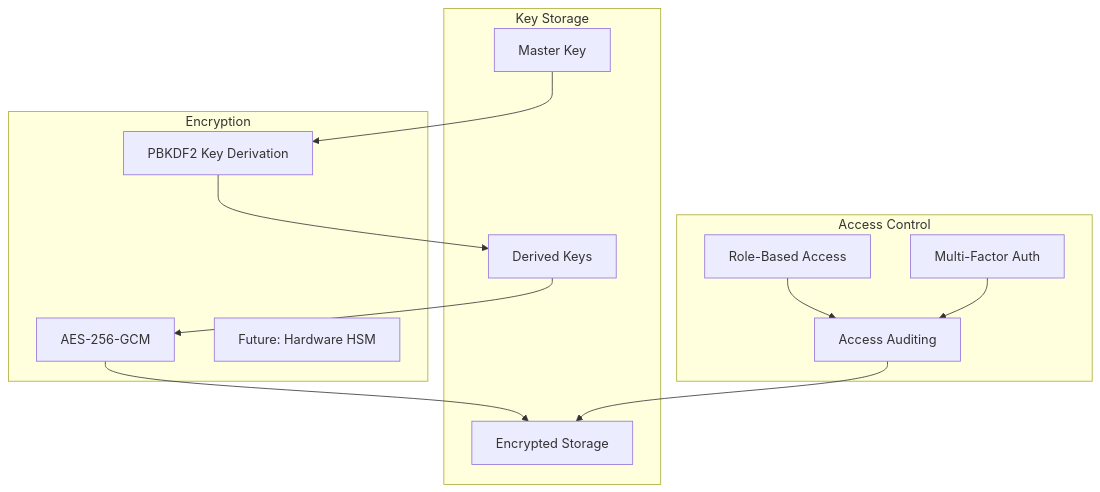
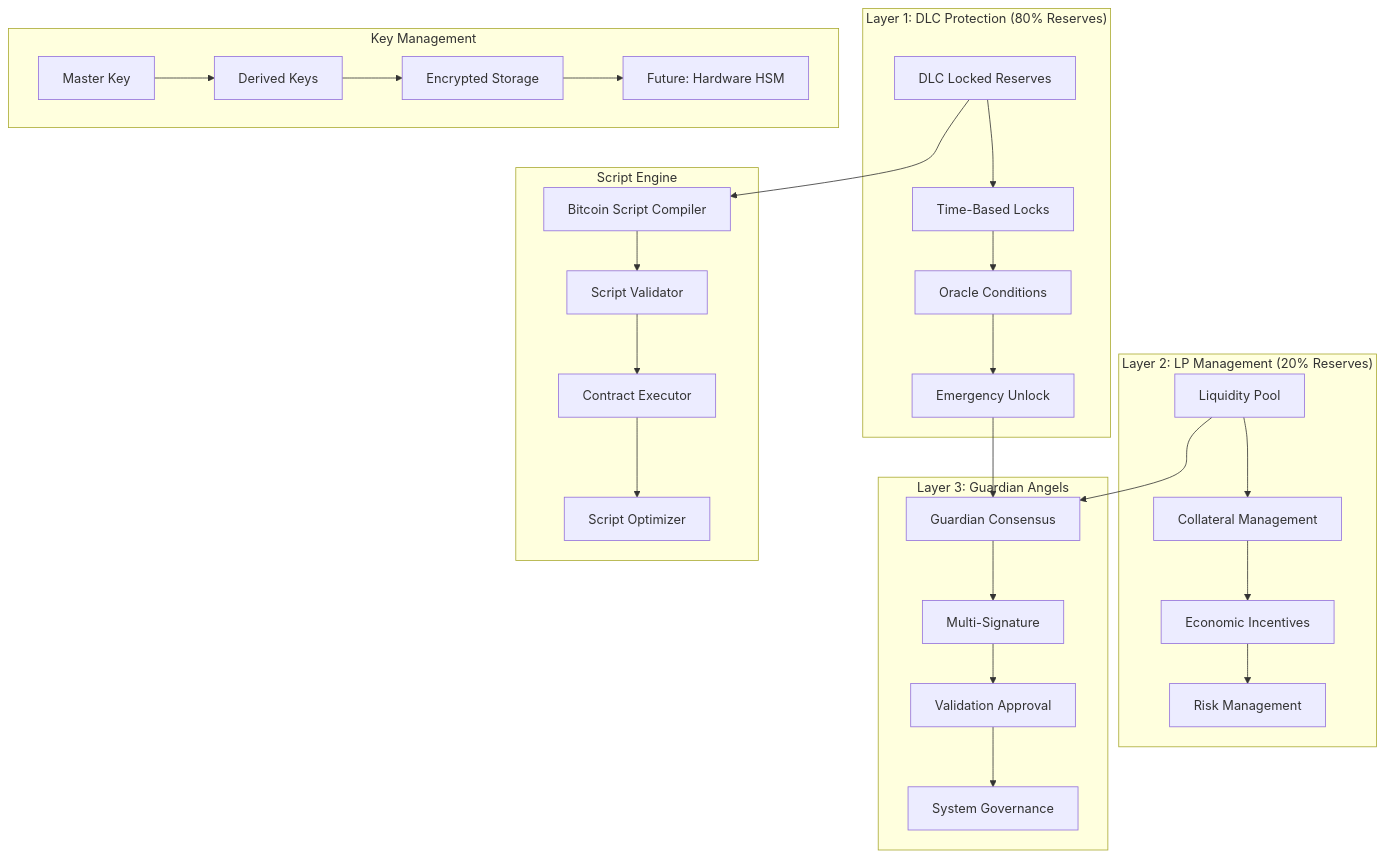
Before and after one commit to pepeneif/UniversalBitcoin: the third of 11 diagrams in Architecture.md, drawn with Mermaid. The commit also changed other lines of this file and 2 other files, not shown here.

Commit message:
Adding some ideas about DLCs as additional security layer for the BTC reserves

````diff
--- a/Architecture.md
+++ b/Architecture.md
@@ -261,29 +361,61 @@
 ```mermaid
 graph TB
-    subgraph "Key Storage"
+    subgraph "Layer 1: DLC Protection (80% Reserves)"
+        DLC_LOCK[DLC Locked Reserves]
+        TIME_LOCK[Time-Based Locks]
+        ORACLE_COND[Oracle Conditions]
+        EMERGENCY[Emergency Unlock]
+    end
+    
+    subgraph "Layer 2: LP Management (20% Reserves)"
+        LP_POOL[Liquidity Pool]
+        COLLATERAL[Collateral Management]
+        INCENTIVES[Economic Incentives]
+        RISK_MGMT[Risk Management]
+    end
+    
+    subgraph "Layer 3: Guardian Angels"
+        GA_CONSENSUS[Guardian Consensus]
+        MULTI_SIG[Multi-Signature]
+        VALIDATION[Validation Approval]
+        GOVERNANCE[System Governance]
+    end
+    
+    subgraph "Key Management"
         MASTER[Master Key]
         DERIVED[Derived Keys]
         ENCRYPTED[Encrypted Storage]
-    end
-    
-    subgraph "Access Control"
-        RBAC[Role-Based Access]
-        MFA[Multi-Factor Auth]
-        AUDIT[Access Auditing]
-    end
-    
-    subgraph "Encryption"
-        AES[AES-256-GCM]
-        PBKDF2[PBKDF2 Key Derivation]
         HSM[Future: Hardware HSM]
     end
     
-    MASTER --> PBKDF2
-    PBKDF2 --> DERIVED
-    DERIVED --> AES
-    AES --> ENCRYPTED
+    subgraph "Script Engine"
+        COMPILER[Bitcoin Script Compiler]
+        VALIDATOR[Script Validator]
+        EXECUTOR[Contract Executor]
+        OPTIMIZER[Script Optimizer]
+    end
     
-    RBAC --> AUDIT
-    MFA --> AUDIT
-    AUDIT --> ENCRYPTED
+    DLC_LOCK --> TIME_LOCK
+    TIME_LOCK --> ORACLE_COND
+    ORACLE_COND --> EMERGENCY
+    
+    LP_POOL --> COLLATERAL
+    COLLATERAL --> INCENTIVES
+    INCENTIVES --> RISK_MGMT
+    
+    GA_CONSENSUS --> MULTI_SIG
+    MULTI_SIG --> VALIDATION
+    VALIDATION --> GOVERNANCE
+    
+    MASTER --> DERIVED
+    DERIVED --> ENCRYPTED
+    ENCRYPTED --> HSM
+    
+    COMPILER --> VALIDATOR
+    VALIDATOR --> EXECUTOR
+    EXECUTOR --> OPTIMIZER
+    
+    DLC_LOCK --> COMPILER
+    LP_POOL --> GA_CONSENSUS
+    EMERGENCY --> GA_CONSENSUS
 ```
````
